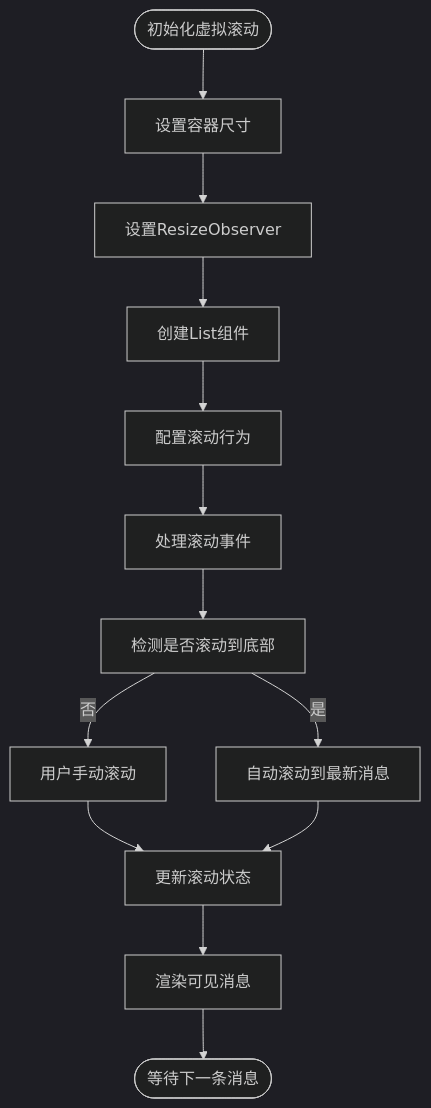
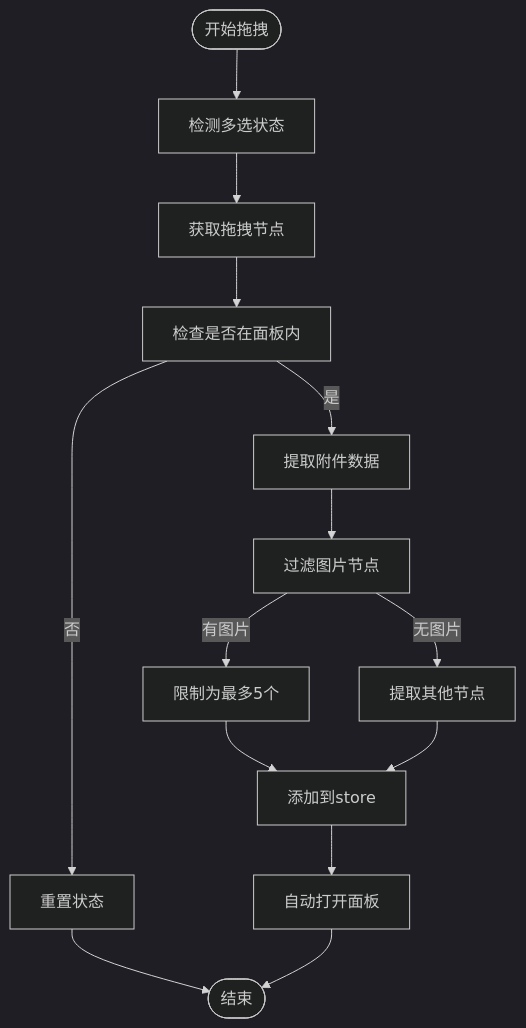
The sixth of 25 diagrams in .qoder/repowiki/zh/content/前端应用架构/UI组件库/画布组件系统/AI助手面板/AI助手面板.md (KunLabAI/KunFlix), drawn with Mermaid (dark theme) before and after one commit. The commit also changed other lines of this file and 14 other files, not shown here.

````diff
--- a/.qoder/repowiki/zh/content/前端应用架构/UI组件库/画布组件系统/AI助手面板/AI助手面板.md
+++ b/.qoder/repowiki/zh/content/前端应用架构/UI组件库/画布组件系统/AI助手面板/AI助手面板.md
@@ -309,15 +424,16 @@
 ```mermaid
 flowchart TD
-Init(["初始化虚拟滚动"]) --> SetContainer["设置容器尺寸"]
-SetContainer --> SetupObserver["设置ResizeObserver"]
-SetupObserver --> CreateList["创建List组件"]
-CreateList --> ConfigScroll["配置滚动行为"]
-ConfigScroll --> HandleScroll["处理滚动事件"]
-HandleScroll --> DetectBottom["检测是否滚动到底部"]
-DetectBottom --> |是| AutoScroll["自动滚动到最新消息"]
-DetectBottom --> |否| ManualScroll["用户手动滚动"]
-ManualScroll --> UpdateState["更新滚动状态"]
-AutoScroll --> UpdateState
-UpdateState --> RenderVisible["渲染可见消息"]
-RenderVisible --> End(["等待下一条消息"])
+Start(["开始拖拽"]) --> DetectMultiSelect["检测多选状态"]
+DetectMultiSelect --> GetDraggedNodes["获取拖拽节点"]
+GetDraggedNodes --> CheckPanel["检查是否在面板内"]
+CheckPanel --> |否| ResetState["重置状态"]
+CheckPanel --> |是| ExtractAttachments["提取附件数据"]
+ExtractAttachments --> FilterImages["过滤图片节点"]
+FilterImages --> |有图片| LimitTo5["限制为最多5个"]
+FilterImages --> |无图片| ExtractOther["提取其他节点"]
+LimitTo5 --> AddToStore["添加到store"]
+ExtractOther --> AddToStore
+AddToStore --> OpenPanel["自动打开面板"]
+ResetState --> End(["结束"])
+OpenPanel --> End
 ```
````
